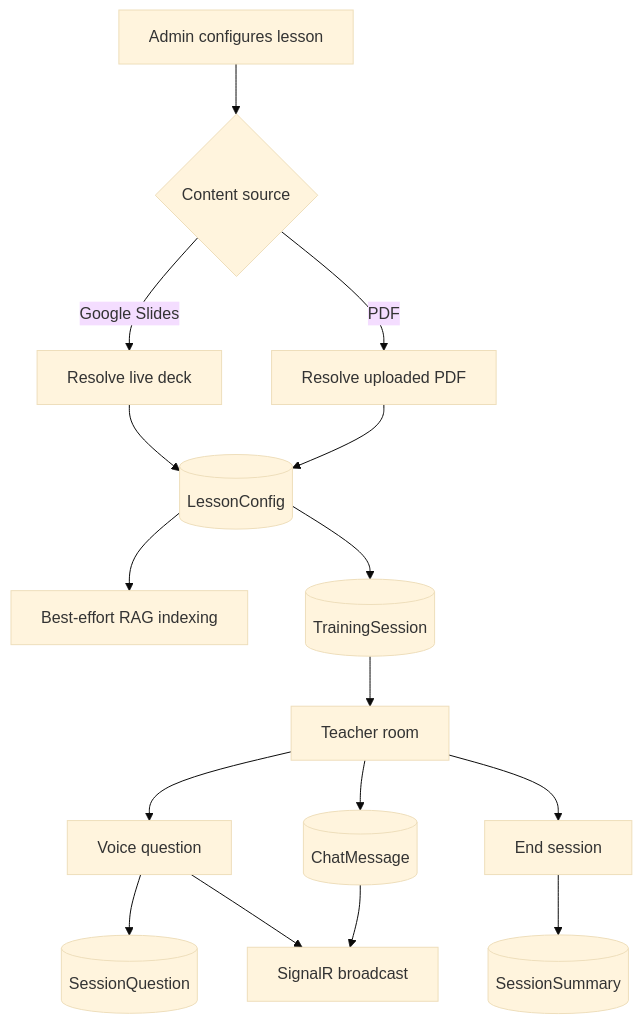
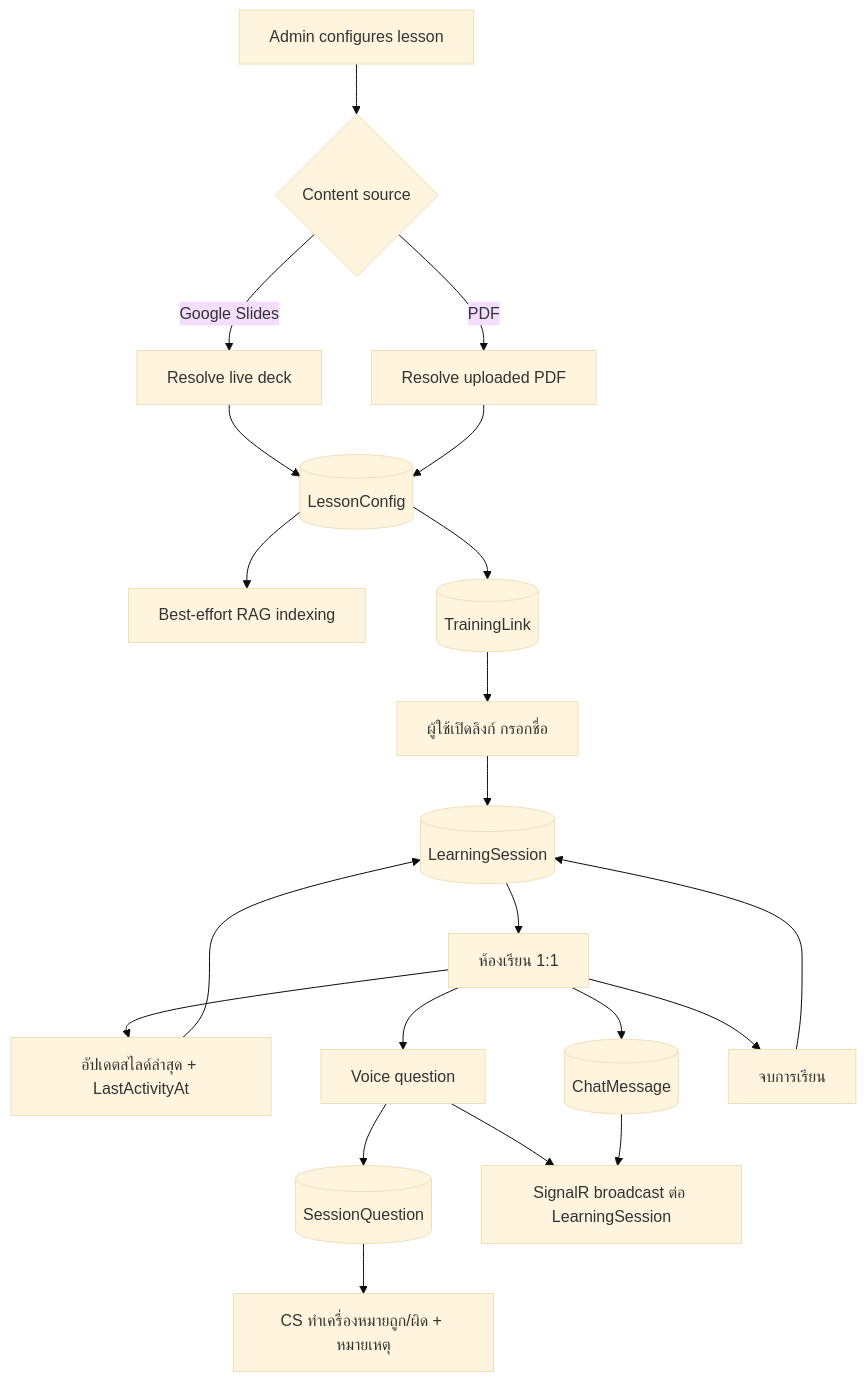
One commit to Sathaporn24/sb_supportroom changed the second of 3 diagrams in backend/docs/ER_DIAGRAM_AND_WORKFLOW.md. Above: the diagram before and after it, drawn with Mermaid (base theme). The commit also changed other lines of this file and 93 other files, not shown here.

````diff
--- a/backend/docs/ER_DIAGRAM_AND_WORKFLOW.md
+++ b/backend/docs/ER_DIAGRAM_AND_WORKFLOW.md
@@ -88,18 +101,23 @@
 ```mermaid
 flowchart TD
     Admin[Admin configures lesson] --> Source{Content source}
     Source -->|Google Slides| Google[Resolve live deck]
     Source -->|PDF| Pdf[Resolve uploaded PDF]
     Google --> Lesson[(LessonConfig)]
     Pdf --> Lesson
     Lesson --> Index[Best-effort RAG indexing]
-    Lesson --> Session[(TrainingSession)]
-    Session --> Room[Teacher room]
+    Lesson --> Link[(TrainingLink)]
+    Link --> Join[ผู้ใช้เปิดลิงก์ กรอกชื่อ]
+    Join --> Learning[(LearningSession)]
+    Learning --> Room[ห้องเรียน 1:1]
+    Room --> Progress[อัปเดตสไลด์ล่าสุด + LastActivityAt]
+    Progress --> Learning
     Room --> Voice[Voice question]
     Voice --> Question[(SessionQuestion)]
-    Voice --> Live[SignalR broadcast]
+    Voice --> Live[SignalR broadcast ต่อ LearningSession]
     Room --> Chat[(ChatMessage)]
     Chat --> Live
-    Room --> End[End session]
-    End --> Summary[(SessionSummary)]
+    Room --> End[จบการเรียน]
+    End --> Learning
+    Question --> Review[CS ทำเครื่องหมายถูก/ผิด + หมายเหตุ]
 ```
````
